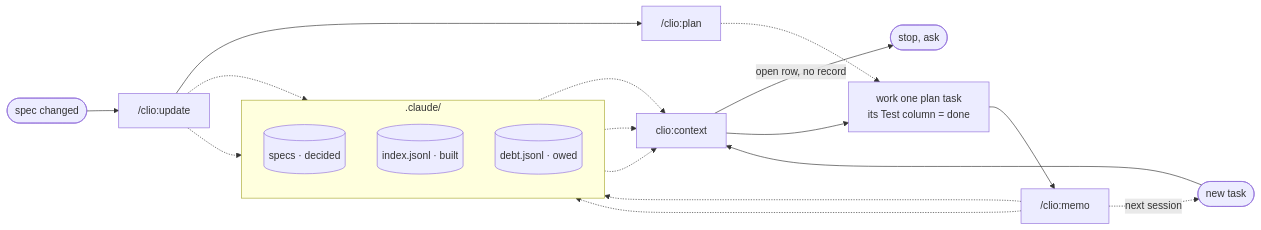
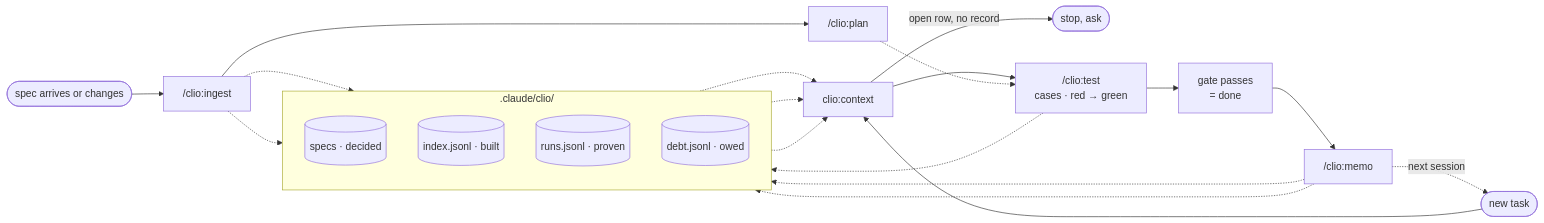
Before and after one commit to nhhthong/clio: the diagram in README.md, drawn with Mermaid. The commit also changed other lines of this file and 32 other files, not shown here.

````diff
--- a/README.md
+++ b/README.md
@@ -119,20 +118,23 @@
 ```mermaid
 flowchart LR
-    subgraph ledgers[".claude/"]
+    subgraph ledgers[".claude/clio/"]
         direction TB
         S[("specs · decided")]
         I[("index.jsonl · built")]
+        E[("runs.jsonl · proven")]
         D[("debt.jsonl · owed")]
     end
 
     A(["new task"]) --> B["clio:context"]
     S & I & D -.-> B
     B -- "open row, no record" --> X(["stop, ask"])
-    B --> C["work one plan task<br/>its Test column = done"]
+    B --> T["/clio:test<br/>cases · red → green"]
+    T -.-> E
+    T --> C["gate passes<br/>= done"]
     C --> M["/clio:memo"]
     M -.-> I & D
     M -. "next session" .-> A
 
-    R(["spec changed"]) --> U["/clio:update"] -.-> S & D
-    U --> P["/clio:plan"] -.-> C
+    R(["spec arrives or changes"]) --> U["/clio:ingest"] -.-> S & D
+    U --> P["/clio:plan"] -.-> T
 ```
````
